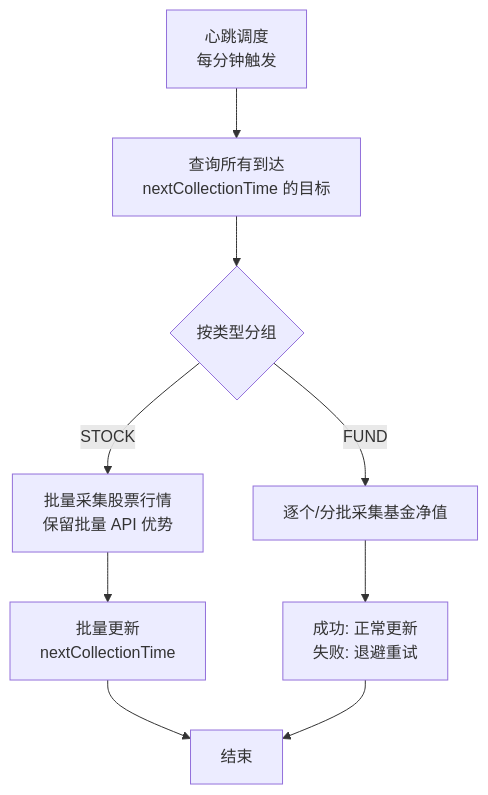
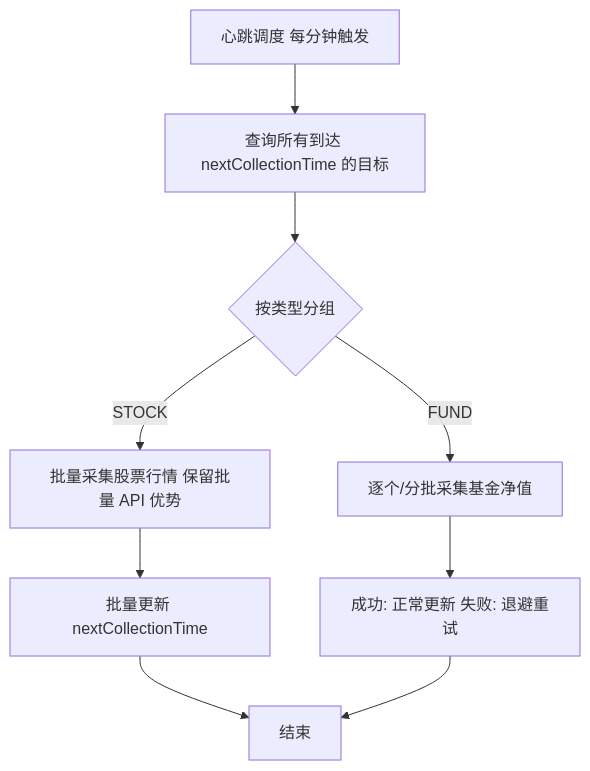
Before and after one commit to LazyJoJo/Bgx: the diagram in plan/基金采集频率独立调度功能设计.md, drawn with Mermaid. The commit also changed other lines of this file and 2 other files, not shown here.

````diff
--- a/plan/基金采集频率独立调度功能设计.md
+++ b/plan/基金采集频率独立调度功能设计.md
@@ -32,11 +32,11 @@
 ```mermaid
 flowchart TD
-    A[心跳调度<br/>每分钟触发] --> B[查询所有到达<br/>nextCollectionTime 的目标]
+    A[心跳调度 每分钟触发] --> B[查询所有到达 nextCollectionTime 的目标]
     B --> C{按类型分组}
-    C -->|STOCK| D[批量采集股票行情<br/>保留批量 API 优势]
+    C -->|STOCK| D[批量采集股票行情 保留批量 API 优势]
     C -->|FUND| E[逐个/分批采集基金净值]
-    D --> F[批量更新<br/>nextCollectionTime]
-    E --> G[成功: 正常更新<br/>失败: 退避重试]
+    D --> F[批量更新 nextCollectionTime]
+    E --> G[成功: 正常更新 失败: 退避重试]
     F --> H[结束]
     G --> H
 ```
````
